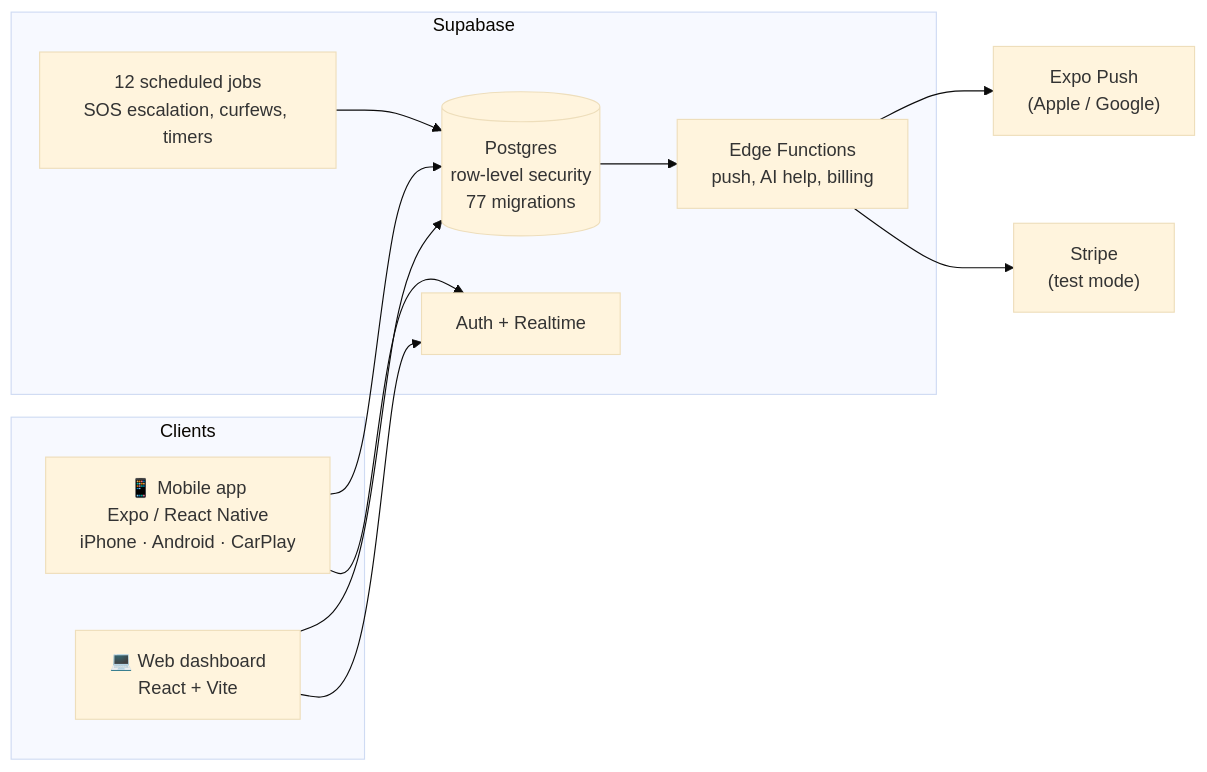
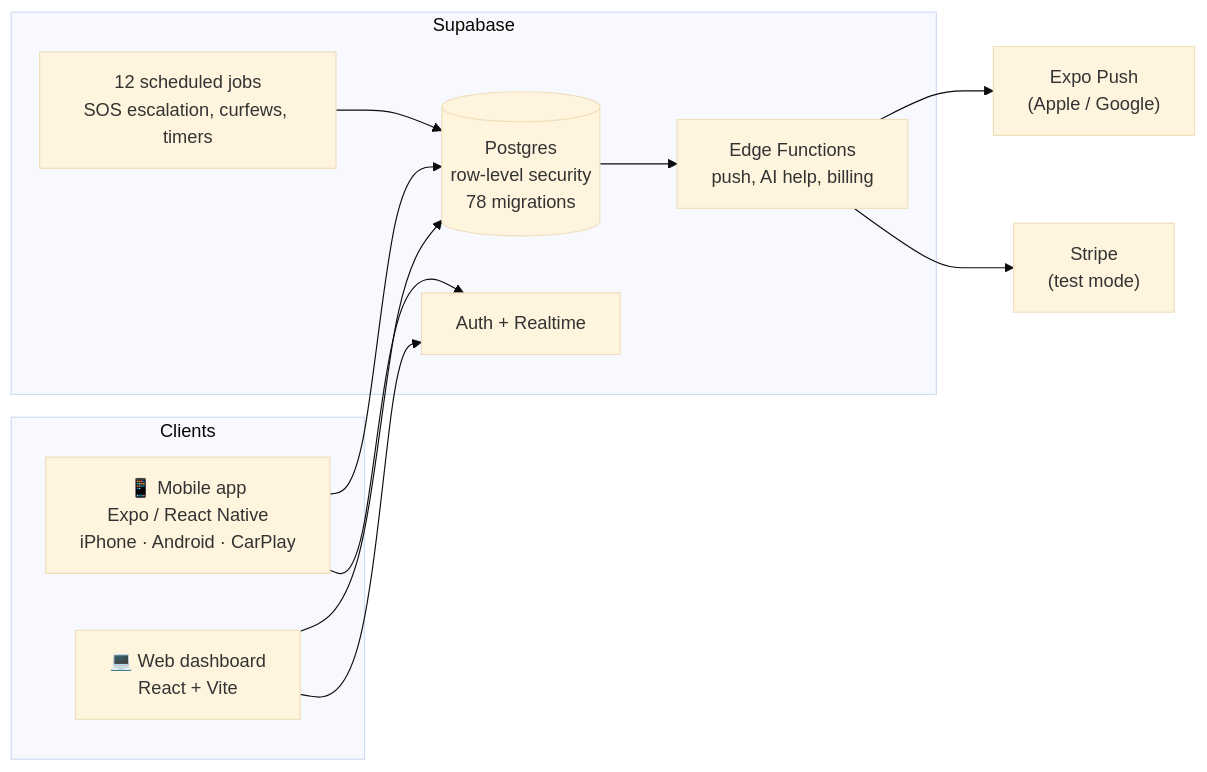
The diagram in README.md (Avi0790/safe-circle), drawn with Mermaid (base theme) before and after one commit. The commit also changed other lines of this file and 6 other files, not shown here.

````diff
--- a/README.md
+++ b/README.md
@@ -116,21 +116,21 @@
 ```mermaid
 flowchart LR
     subgraph Clients
         A["📱 Mobile app<br/>Expo / React Native<br/>iPhone · Android · CarPlay"]
         W["💻 Web dashboard<br/>React + Vite"]
     end
     subgraph Supabase
-        DB[("Postgres<br/>row-level security<br/>77 migrations")]
+        DB[("Postgres<br/>row-level security<br/>78 migrations")]
         AU["Auth + Realtime"]
         CR["12 scheduled jobs<br/>SOS escalation, curfews, timers"]
         EF["Edge Functions<br/>push, AI help, billing"]
     end
     A --> DB
     W --> DB
     A --> AU
     W --> AU
     CR --> DB
     DB --> EF
     EF --> P["Expo Push<br/>(Apple / Google)"]
     EF --> S["Stripe<br/>(test mode)"]
 ```
````
